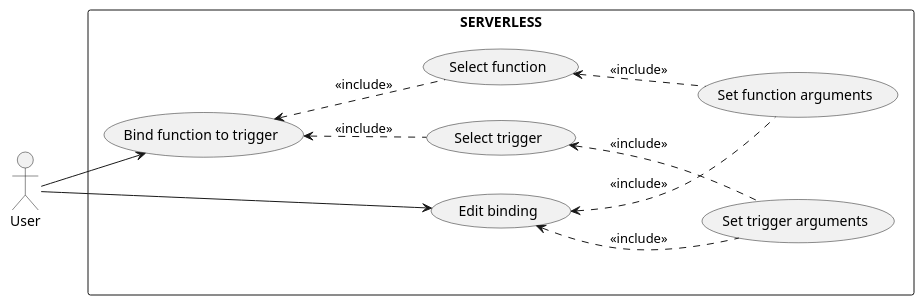
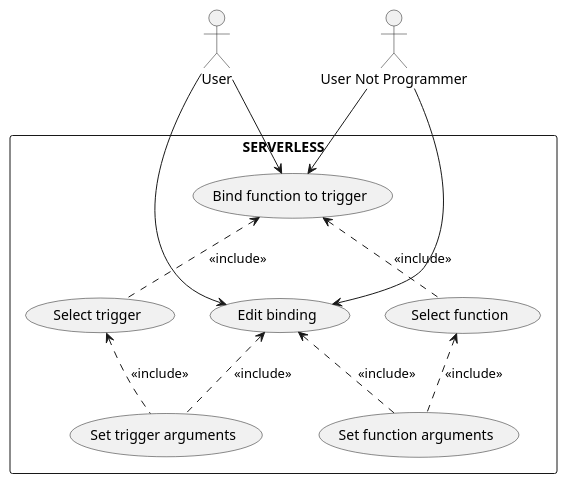
Before and after one commit to illusior/serverless-docs: the diagram in Use Cases/Workspace Use Cases.md, drawn with PlantUML.

Commit message:
Update Workspace Use Cases.md

```diff
--- a/Use Cases/Workspace Use Cases.md
+++ b/Use Cases/Workspace Use Cases.md
@@ -1,28 +1,31 @@
 @startuml
 
 :User: as User
+:User Not Programmer: as UserNot
 
 rectangle SERVERLESS {
 
 	(Bind function to trigger) as Bind
 	(Edit binding) as Edit
-
+	
 	(Select trigger) as SelectTrig
 	(Select function) as SelectFun
 	(Set trigger arguments) as SetTrigArgs
 	(Set function arguments) as SetFunArgs
-
+	
 	Bind <.. SelectTrig : <<include>>
 	Bind <.. SelectFun : <<include>>
 	SelectTrig <.. SetTrigArgs : <<include>>
 	SelectFun <.. SetFunArgs : <<include>>
-
+	
 	Edit <.. SetTrigArgs : <<include>>
 	Edit <.. SetFunArgs : <<include>>
 }
 
-left to right direction
 User --> Bind
 User --> Edit
 
+UserNot --> Bind
+UserNot --> Edit
+
 @enduml
```
